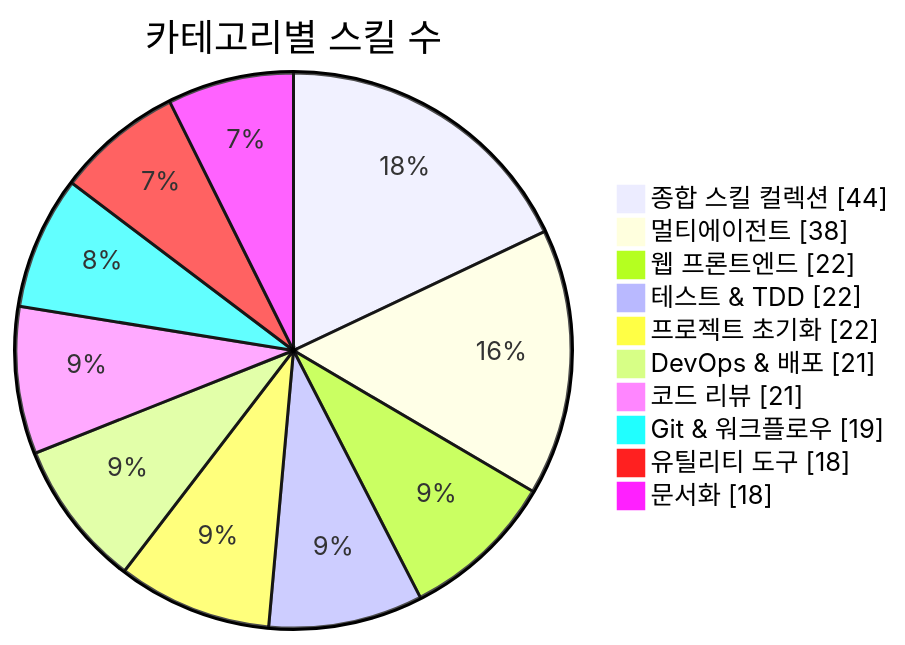
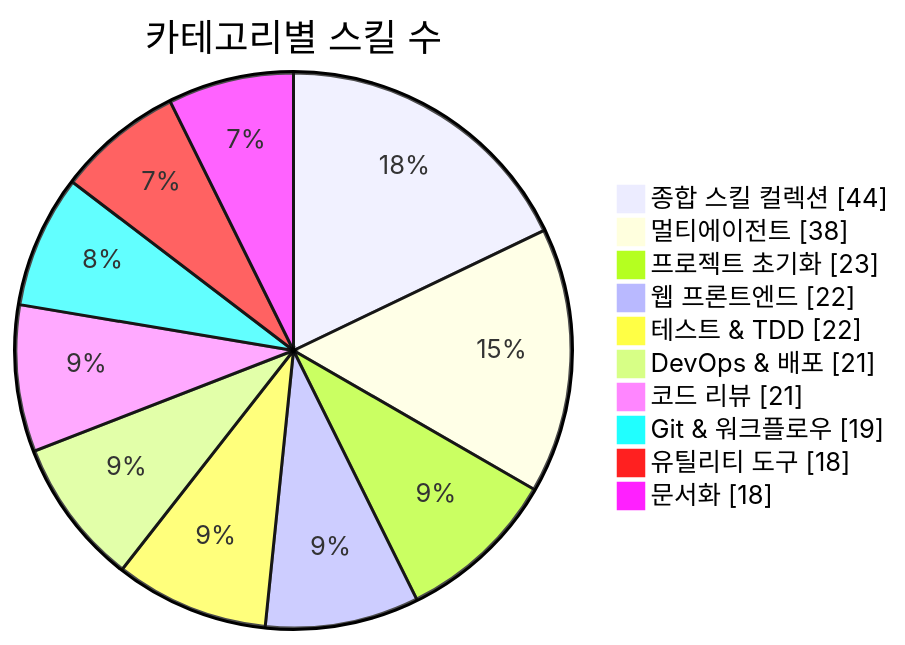
One commit to J-nowcow/awesome-korean-agent-skills changed the first of 3 diagrams in README.md. Above: the diagram before and after it, drawn with Mermaid. The commit also changed other lines of this file and 4 other files, not shown here.

````diff
--- a/README.md
+++ b/README.md
@@ -176,14 +176,14 @@
 ```mermaid
 pie showData
     title 카테고리별 스킬 수
     "종합 스킬 컬렉션" : 44
     "멀티에이전트" : 38
+    "프로젝트 초기화" : 23
     "웹 프론트엔드" : 22
     "테스트 & TDD" : 22
-    "프로젝트 초기화" : 22
     "DevOps & 배포" : 21
     "코드 리뷰" : 21
     "Git & 워크플로우" : 19
     "유틸리티 도구" : 18
     "문서화" : 18
 ```
````
